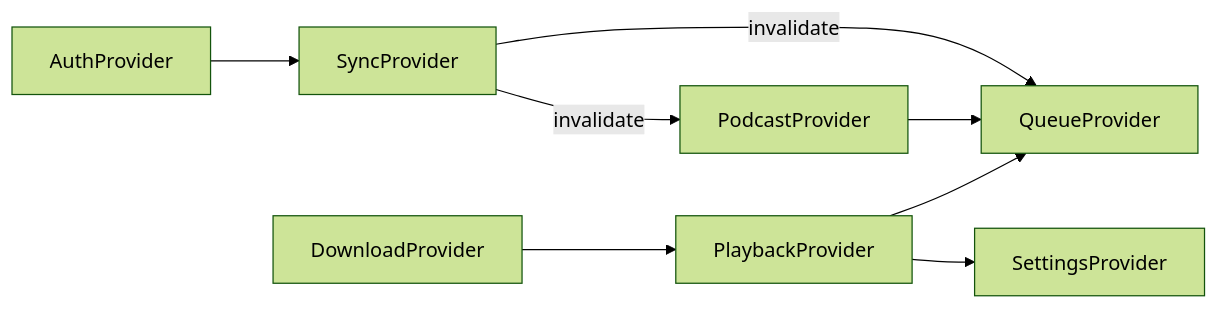
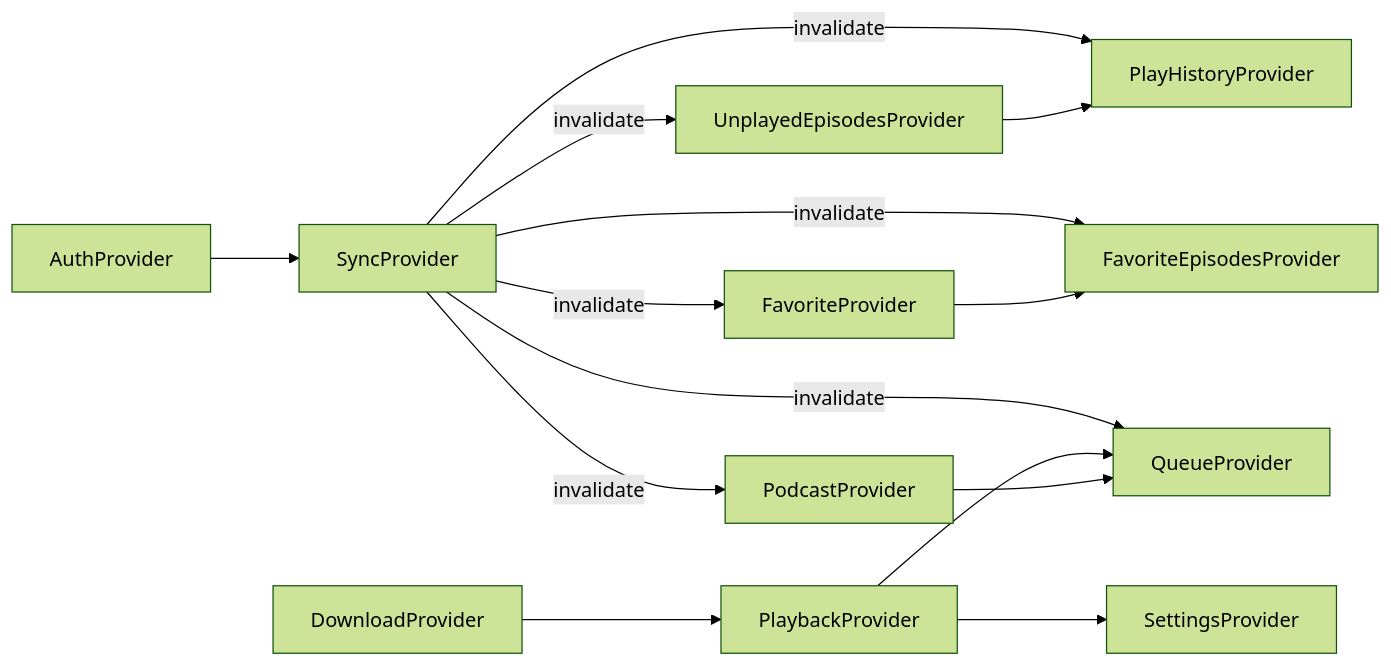
One commit to ZTfer/Tinycast changed the ninth of 9 diagrams in .qoder/repowiki/zh/content/架构设计/设计模式应用/Provider Pattern（提供者模式）/Provider Pattern（提供者模式）.md. Above: the diagram before and after it, drawn with Mermaid (forest theme). The commit also changed other lines of this file and 4 other files, not shown here.

````diff
--- a/.qoder/repowiki/zh/content/架构设计/设计模式应用/Provider Pattern（提供者模式）/Provider Pattern（提供者模式）.md
+++ b/.qoder/repowiki/zh/content/架构设计/设计模式应用/Provider Pattern（提供者模式）/Provider Pattern（提供者模式）.md
@@ -337,10 +486,16 @@
 ```mermaid
 graph LR
 Auth["AuthProvider"] --> Sync["SyncProvider"]
 Sync --> |invalidate| Queue["QueueProvider"]
 Sync --> |invalidate| Podcast["PodcastProvider"]
+Sync --> |invalidate| Favorite["FavoriteProvider"]
+Sync --> |invalidate| Unplayed["UnplayedEpisodesProvider"]
+Sync --> |invalidate| FavEpisodes["FavoriteEpisodesProvider"]
+Sync --> |invalidate| History["PlayHistoryProvider"]
 Playback["PlaybackProvider"] --> Queue
 Playback --> Settings["SettingsProvider"]
 Download["DownloadProvider"] --> Playback
 Podcast --> Queue
+Favorite --> FavEpisodes
+Unplayed --> History
 ```
````
